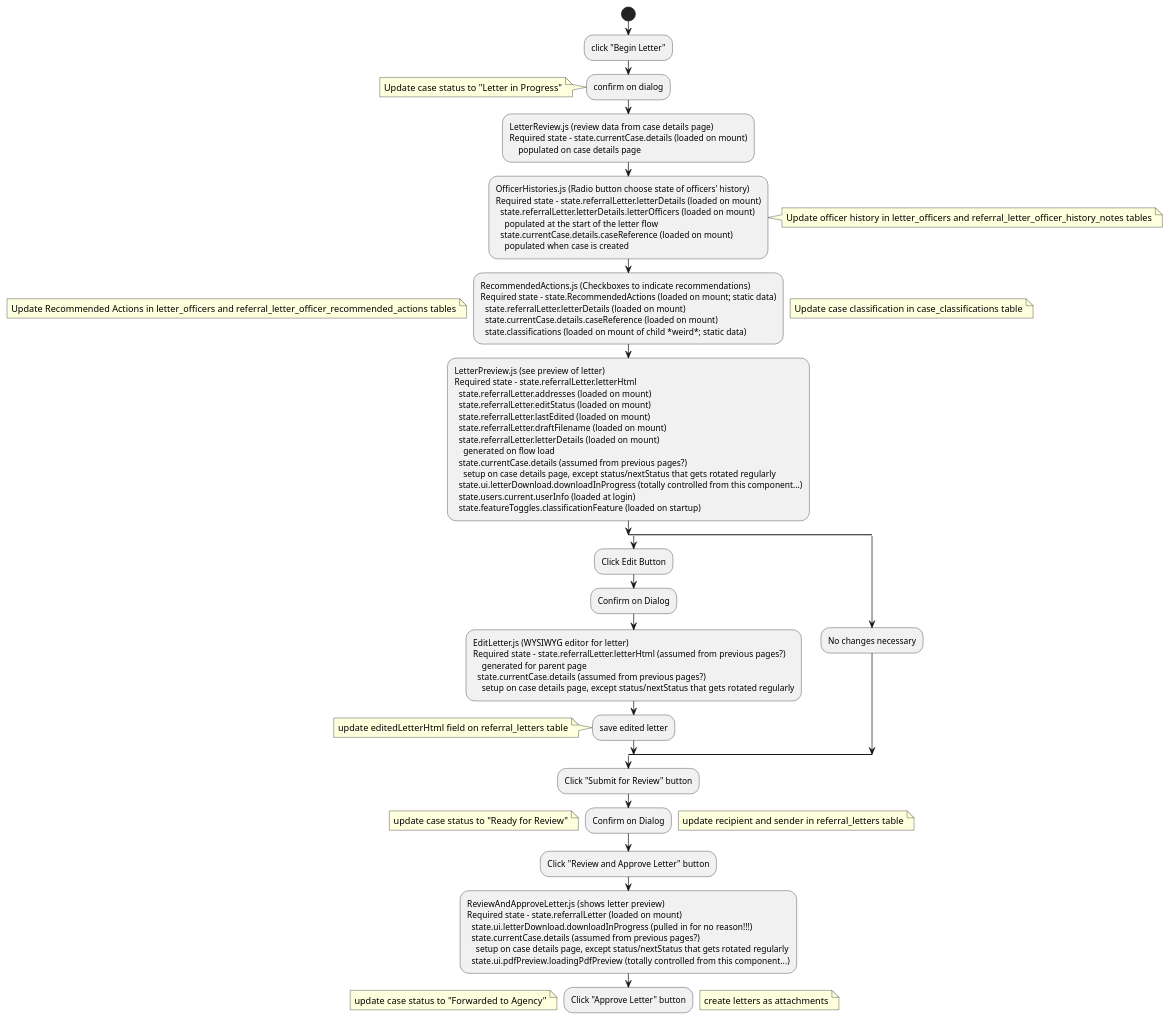
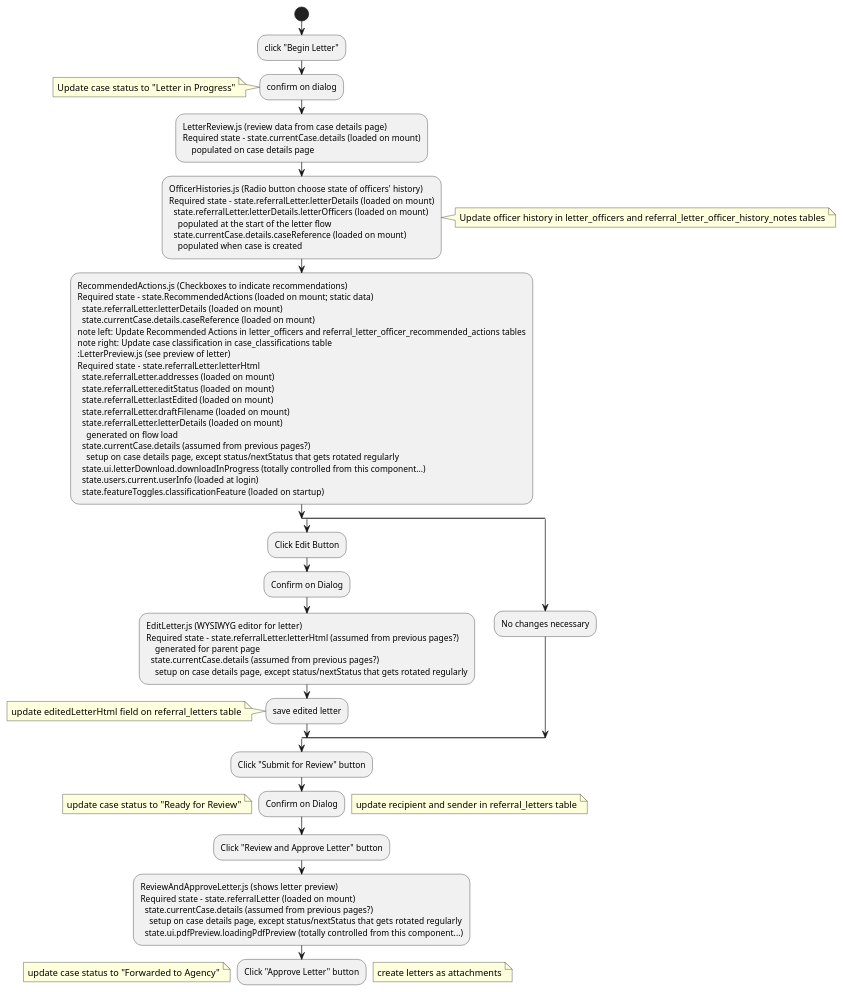
The diagram in docs/technical-content/plantuml/referral-letter-flow.puml (PublicDataWorks/complaint-manager), drawn with PlantUML before and after one commit. The commit also changed 1 other file, not shown here.

Commit message:
refactor: Andrew [#134] removes unused prop loaded from state

```diff
--- a/docs/technical-content/plantuml/referral-letter-flow.puml
+++ b/docs/technical-content/plantuml/referral-letter-flow.puml
@@ -1,63 +1,61 @@
 @startuml
 start
 :click "Begin Letter";
 :confirm on dialog;
 note left: Update case status to "Letter in Progress"
 :LetterReview.js (review data from case details page)
 Required state - state.currentCase.details (loaded on mount)
     populated on case details page;
 :OfficerHistories.js (Radio button choose state of officers' history)
 Required state - state.referralLetter.letterDetails (loaded on mount)
   state.referralLetter.letterDetails.letterOfficers (loaded on mount)
     populated at the start of the letter flow
   state.currentCase.details.caseReference (loaded on mount) 
     populated when case is created;
 note right: Update officer history in letter_officers and referral_letter_officer_history_notes tables
 :RecommendedActions.js (Checkboxes to indicate recommendations)
 Required state - state.RecommendedActions (loaded on mount; static data)
   state.referralLetter.letterDetails (loaded on mount)
   state.currentCase.details.caseReference (loaded on mount)
-  state.classifications (loaded on mount of child *weird*; static data);
 note left: Update Recommended Actions in letter_officers and referral_letter_officer_recommended_actions tables
 note right: Update case classification in case_classifications table
 :LetterPreview.js (see preview of letter)
 Required state - state.referralLetter.letterHtml
   state.referralLetter.addresses (loaded on mount)
   state.referralLetter.editStatus (loaded on mount)
   state.referralLetter.lastEdited (loaded on mount)
   state.referralLetter.draftFilename (loaded on mount)
   state.referralLetter.letterDetails (loaded on mount)
     generated on flow load
   state.currentCase.details (assumed from previous pages?)
     setup on case details page, except status/nextStatus that gets rotated regularly
   state.ui.letterDownload.downloadInProgress (totally controlled from this component...)
   state.users.current.userInfo (loaded at login)
   state.featureToggles.classificationFeature (loaded on startup);
 split
 :Click Edit Button;
 :Confirm on Dialog;
 :EditLetter.js (WYSIWYG editor for letter)
 Required state - state.referralLetter.letterHtml (assumed from previous pages?)
     generated for parent page
   state.currentCase.details (assumed from previous pages?)
     setup on case details page, except status/nextStatus that gets rotated regularly;
 :save edited letter;
 note left: update editedLetterHtml field on referral_letters table
 split again
 :No changes necessary;
 end split
 :Click "Submit for Review" button;
 :Confirm on Dialog;
 note right: update recipient and sender in referral_letters table
 note left: update case status to "Ready for Review"
 :Click "Review and Approve Letter" button;
 :ReviewAndApproveLetter.js (shows letter preview)
 Required state - state.referralLetter (loaded on mount)
-  state.ui.letterDownload.downloadInProgress (pulled in for no reason!!!)
   state.currentCase.details (assumed from previous pages?) 
     setup on case details page, except status/nextStatus that gets rotated regularly
   state.ui.pdfPreview.loadingPdfPreview (totally controlled from this component...);
 :Click "Approve Letter" button;
 note right: create letters as attachments
 note left: update case status to "Forwarded to Agency"
 @enduml
```
